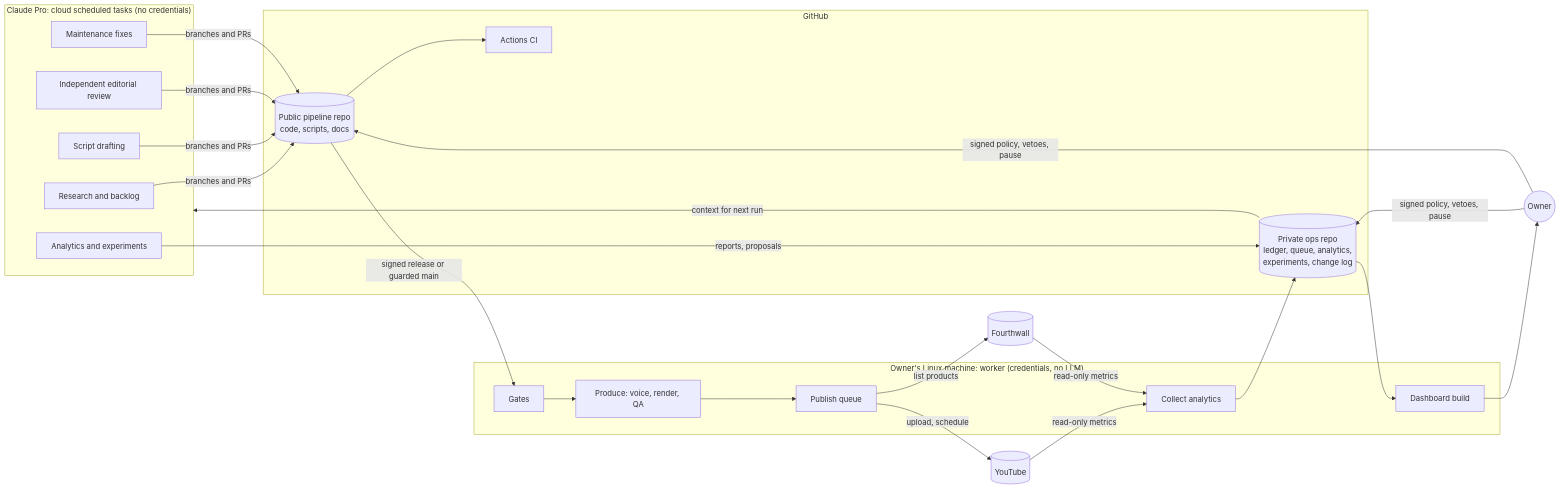
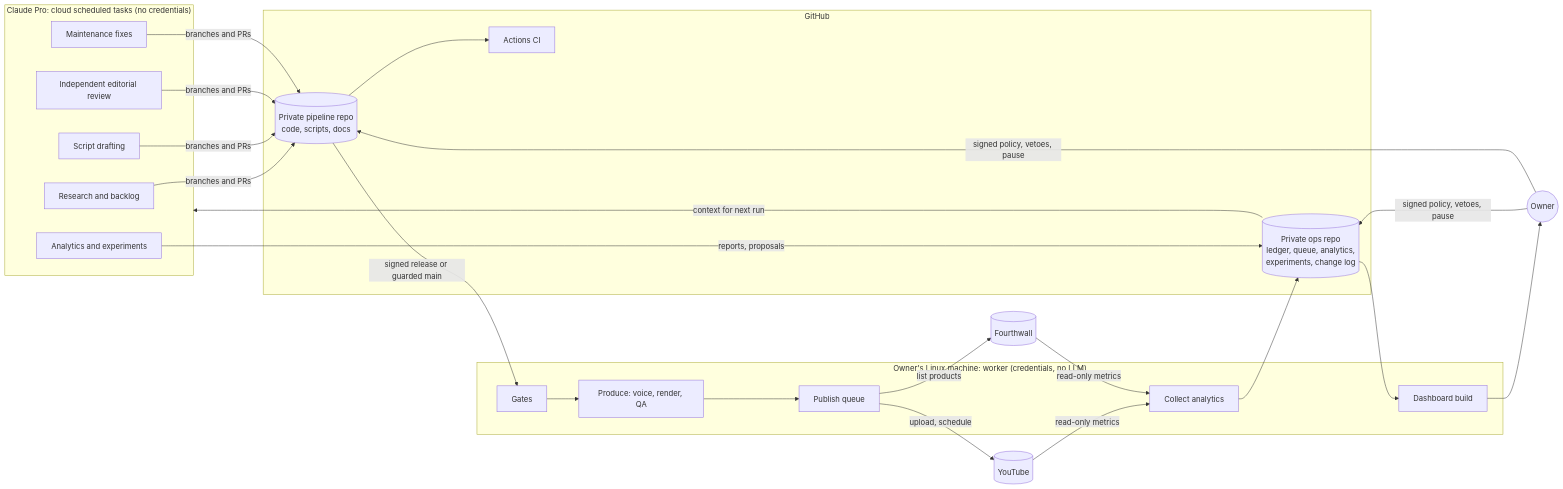
One commit to rjyates/lightbulb-lab-pipeline changed the first of 3 diagrams in docs/autonomy/proposal.md. Above: the diagram before and after it, drawn with Mermaid. The commit also changed other lines of this file and 3 other files, not shown here.

First line of the commit message:
Record that the pipeline repository is now private

````diff
--- a/docs/autonomy/proposal.md
+++ b/docs/autonomy/proposal.md
@@ -167,36 +167,36 @@
 ```mermaid
 flowchart LR
     subgraph Cloud["Claude Pro: cloud scheduled tasks (no credentials)"]
         R[Research and backlog]
         D[Script drafting]
         V[Independent editorial review]
         A[Analytics and experiments]
         M[Maintenance fixes]
     end
     subgraph GH["GitHub"]
-        PUB[(Public pipeline repo<br/>code, scripts, docs)]
+        PUB[(Private pipeline repo<br/>code, scripts, docs)]
         OPS[(Private ops repo<br/>ledger, queue, analytics,<br/>experiments, change log)]
         CI[Actions CI]
     end
     subgraph Home["Owner's Linux machine: worker (credentials, no LLM)"]
         G[Gates]
         P[Produce: voice, render, QA]
         Q[Publish queue]
         C[Collect analytics]
         DB[Dashboard build]
     end
     YT[(YouTube)]
     FW[(Fourthwall)]
     Owner((Owner))
 
     R & D & V & M -->|branches and PRs| PUB
     A -->|reports, proposals| OPS
     PUB --> CI
     PUB -->|signed release or guarded main| G --> P --> Q
     Q -->|upload, schedule| YT
     Q -->|list products| FW
     YT & FW -->|read-only metrics| C --> OPS
     OPS --> DB --> Owner
     OPS -->|context for next run| Cloud
     Owner -->|signed policy, vetoes, pause| OPS & PUB
 ```
````
